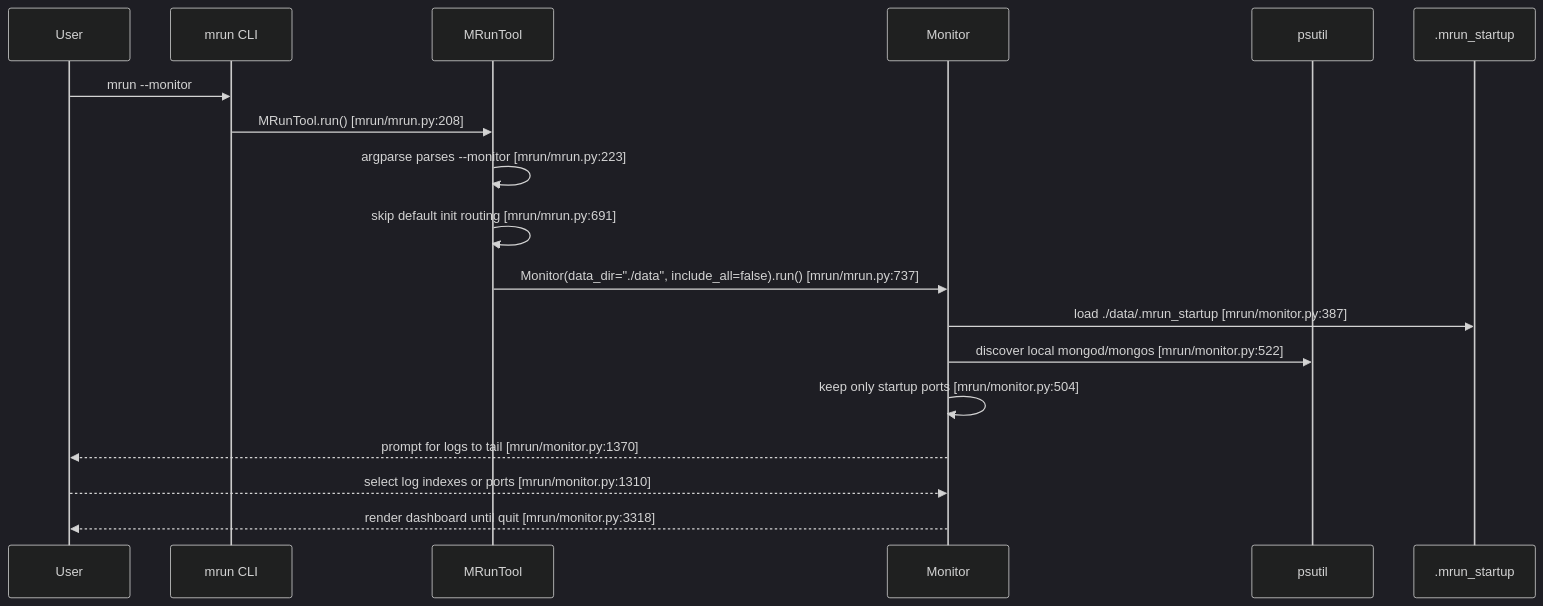
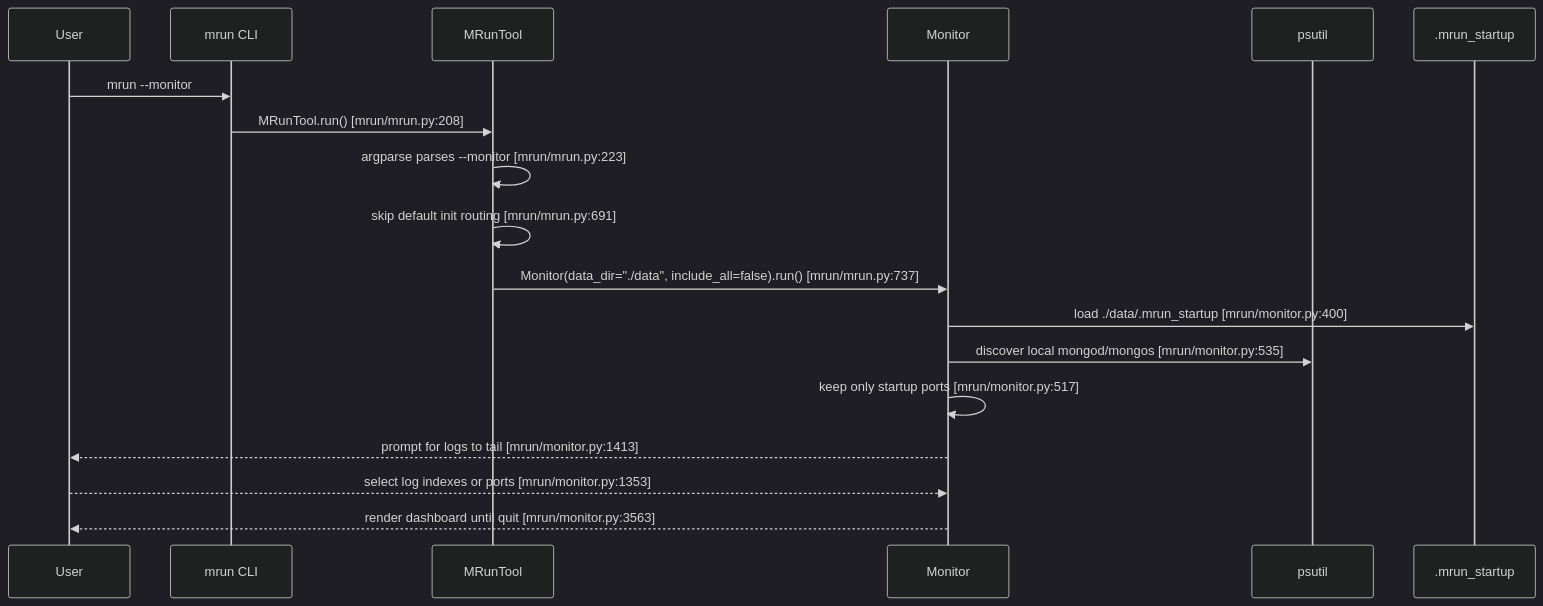
One commit to mongodb/mlaunch changed the first of 12 diagrams in doc/feature-monitor-guide.md. Above: the diagram before and after it, drawn with Mermaid (dark theme). The commit also changed other lines of this file and 2 other files, not shown here.

Commit message:
docs: document monitor table and current op controls

````diff
--- a/doc/feature-monitor-guide.md
+++ b/doc/feature-monitor-guide.md
@@ -162,21 +167,21 @@
 ```mermaid
 sequenceDiagram
     participant User
     participant CLI as mrun CLI
     participant Tool as MRunTool
     participant Monitor as Monitor
     participant PS as psutil
     participant FS as .mrun_startup
 
     User->>CLI: mrun --monitor
     CLI->>Tool: MRunTool.run() [mrun/mrun.py:208]
     Tool->>Tool: argparse parses --monitor [mrun/mrun.py:223]
     Tool->>Tool: skip default init routing [mrun/mrun.py:691]
     Tool->>Monitor: Monitor(data_dir="./data", include_all=false).run() [mrun/mrun.py:737]
-    Monitor->>FS: load ./data/.mrun_startup [mrun/monitor.py:387]
-    Monitor->>PS: discover local mongod/mongos [mrun/monitor.py:522]
-    Monitor->>Monitor: keep only startup ports [mrun/monitor.py:504]
-    Monitor-->>User: prompt for logs to tail [mrun/monitor.py:1370]
-    User-->>Monitor: select log indexes or ports [mrun/monitor.py:1310]
-    Monitor-->>User: render dashboard until quit [mrun/monitor.py:3318]
+    Monitor->>FS: load ./data/.mrun_startup [mrun/monitor.py:400]
+    Monitor->>PS: discover local mongod/mongos [mrun/monitor.py:535]
+    Monitor->>Monitor: keep only startup ports [mrun/monitor.py:517]
+    Monitor-->>User: prompt for logs to tail [mrun/monitor.py:1413]
+    User-->>Monitor: select log indexes or ports [mrun/monitor.py:1353]
+    Monitor-->>User: render dashboard until quit [mrun/monitor.py:3563]
 ```
````
